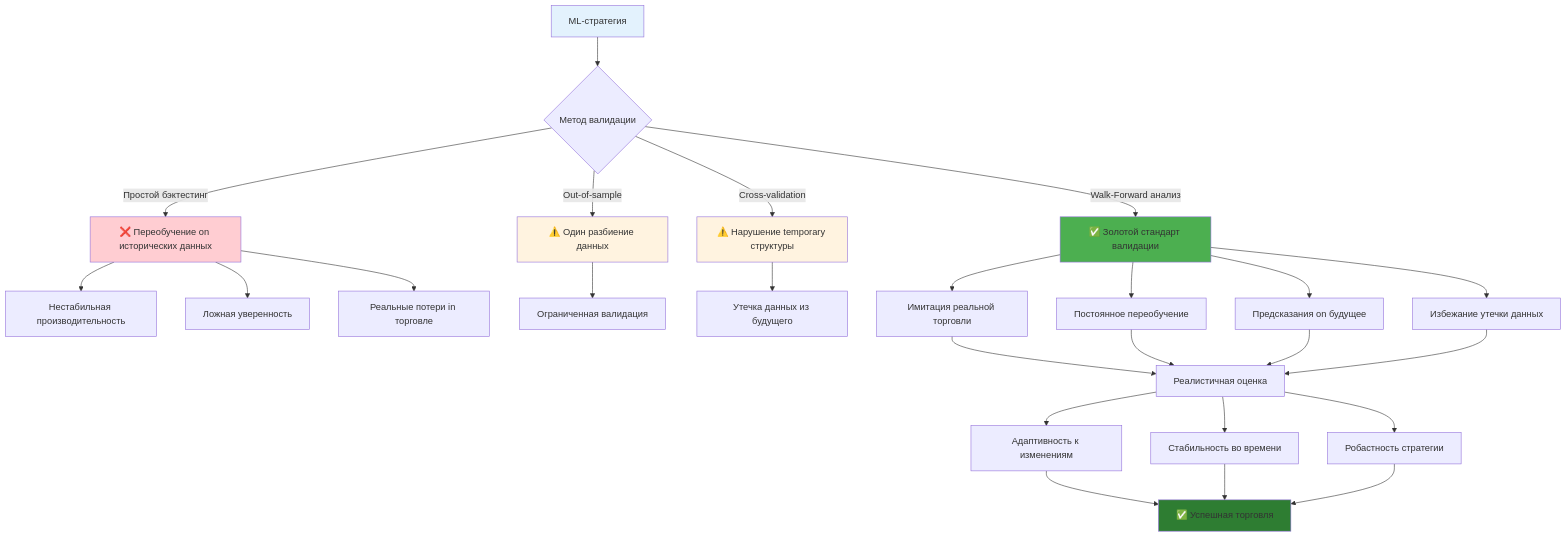
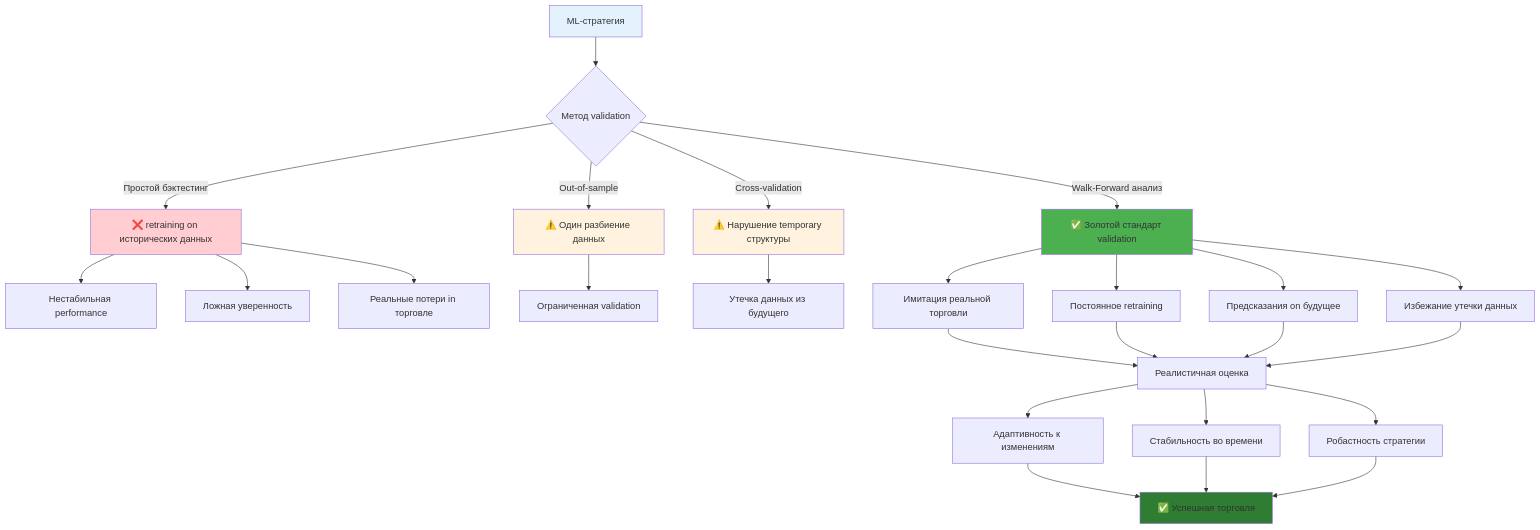
Before and after one commit to NeoZorK/neozork-hld-prediction: the first of 8 diagrams in docs/automl/gluon/30_walk_forward_analysis.md, drawn with Mermaid. The commit also changed other lines of this file and 88 other files, not shown here.

Commit message:
refactor: standardize terminology across documentation and code, replacing Russian terms with English equivalents (validation, performance) for consistency and clarity

````diff
--- a/docs/automl/gluon/30_walk_forward_analysis.md
+++ b/docs/automl/gluon/30_walk_forward_analysis.md
@@ -10,41 +10,41 @@
 ```mermaid
 graph TD
-A[ML-стратегия] --> B{Метод валидации}
+A[ML-стратегия] --> B{Метод validation}
 
-B -->|Простой бэктестинг| C[❌ Переобучение on исторических данных]
+B -->|Простой бэктестинг| C[❌ retraining on исторических данных]
 B -->|Out-of-sample| D[⚠️ Один разбиение данных]
 B -->|Cross-validation| E[⚠️ Нарушение temporary структуры]
-B -->|Walk-Forward анализ| F[✅ Золотой стандарт валидации]
+B -->|Walk-Forward анализ| F[✅ Золотой стандарт validation]
 
-C --> G[Нестабильная производительность]
+C --> G[Нестабильная performance]
 C --> H[Ложная уверенность]
 C --> I[Реальные потери in торговле]
 
-D --> J[Ограниченная валидация]
+D --> J[Ограниченная validation]
 E --> K[Утечка данных из будущего]
 
 F --> L[Имитация реальной торговли]
-F --> M[Постоянное переобучение]
+F --> M[Постоянное retraining]
 F --> N[Предсказания on будущее]
 F --> O[Избежание утечки данных]
 
 L --> P[Реалистичная оценка]
  M --> P
  N --> P
  O --> P
 
 P --> Q[Адаптивность к изменениям]
 P --> R[Стабильность во времени]
 P --> S[Робастность стратегии]
 
 Q --> T[✅ Успешная торговля]
  R --> T
  S --> T
 
  style A fill:#e3f2fd
  style F fill:#4caf50
  style C fill:#ffcdd2
  style D fill:#fff3e0
  style E fill:#fff3e0
  style T fill:#2e7d32
 ```
````
